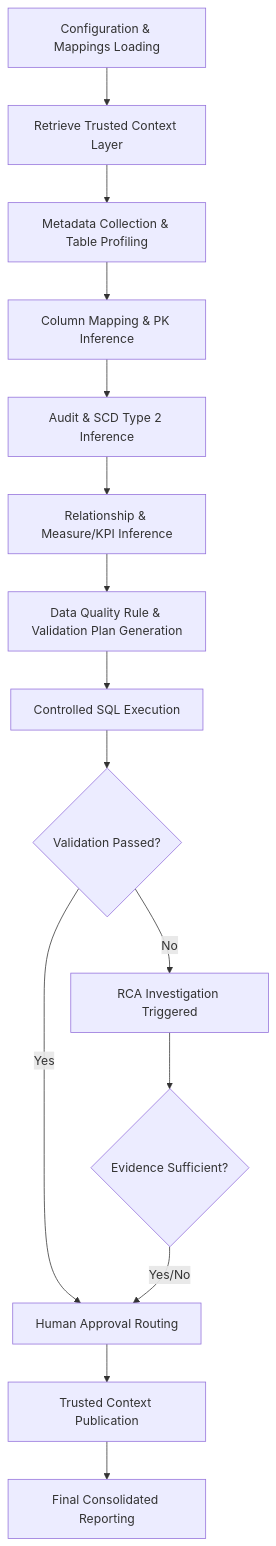
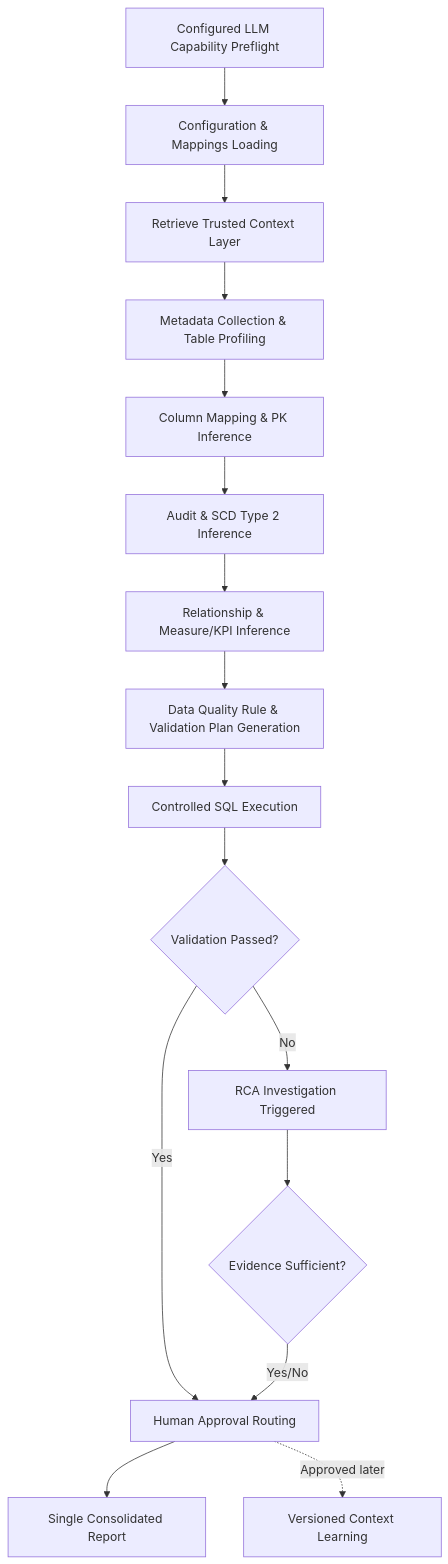
Before and after one commit to muthumr0306/DBK-BQ-VALIDATION-AGENT-V2: the first of 9 diagrams in dq_agent_conceptual_flow.md, drawn with Mermaid. The commit also changed other lines of this file and 48 other files, not shown here.

````diff
--- a/dq_agent_conceptual_flow.md
+++ b/dq_agent_conceptual_flow.md
@@ -17,17 +17,18 @@
 ```mermaid
 flowchart TD
-    A[Configuration & Mappings Loading] --> B[Retrieve Trusted Context Layer]
+    P[Configured LLM Capability Preflight] --> A[Configuration & Mappings Loading]
+    A --> B[Retrieve Trusted Context Layer]
     B --> C[Metadata Collection & Table Profiling]
     C --> D[Column Mapping & PK Inference]
     D --> E[Audit & SCD Type 2 Inference]
     E --> F[Relationship & Measure/KPI Inference]
     F --> G[Data Quality Rule & Validation Plan Generation]
     G --> H[Controlled SQL Execution]
     H --> I{Validation Passed?}
     I -- No --> J[RCA Investigation Triggered]
     J --> K{Evidence Sufficient?}
     I -- Yes --> L[Human Approval Routing]
     K -- Yes/No --> L
-    L --> M[Trusted Context Publication]
-    M --> N[Final Consolidated Reporting]
+    L --> M[Single Consolidated Report]
+    L -. Approved later .-> N[Versioned Context Learning]
 ```
````
